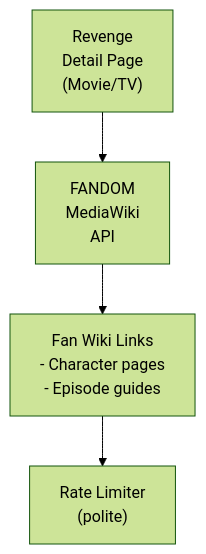
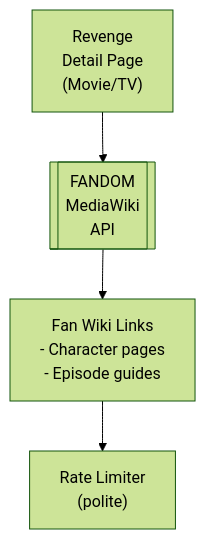
Before and after one commit to lusoris/revenge: the diagram in docs/dev/design/integrations/wiki/FANDOM.md, drawn with Mermaid (forest theme). The commit also changed 208 other files, not shown here.

First line of the commit message:
feat(docs): Improve ASCII to Mermaid converter with proper box extraction

````diff
--- a/docs/dev/design/integrations/wiki/FANDOM.md
+++ b/docs/dev/design/integrations/wiki/FANDOM.md
@@ -57,10 +57,10 @@
 ```mermaid
 flowchart TD
     node1["Revenge<br/>Detail Page<br/>(Movie/TV)"]
-    node2["FANDOM<br/>MediaWiki<br/>API"]
+    node2[[FANDOM<br/>MediaWiki<br/>API]]
     node3["Fan Wiki Links<br/>- Character pages<br/>- Episode guides"]
     node4["Rate Limiter<br/>(polite)"]
     node2 --> node3
     node1 --> node2
     node3 --> node4
 ```
````
